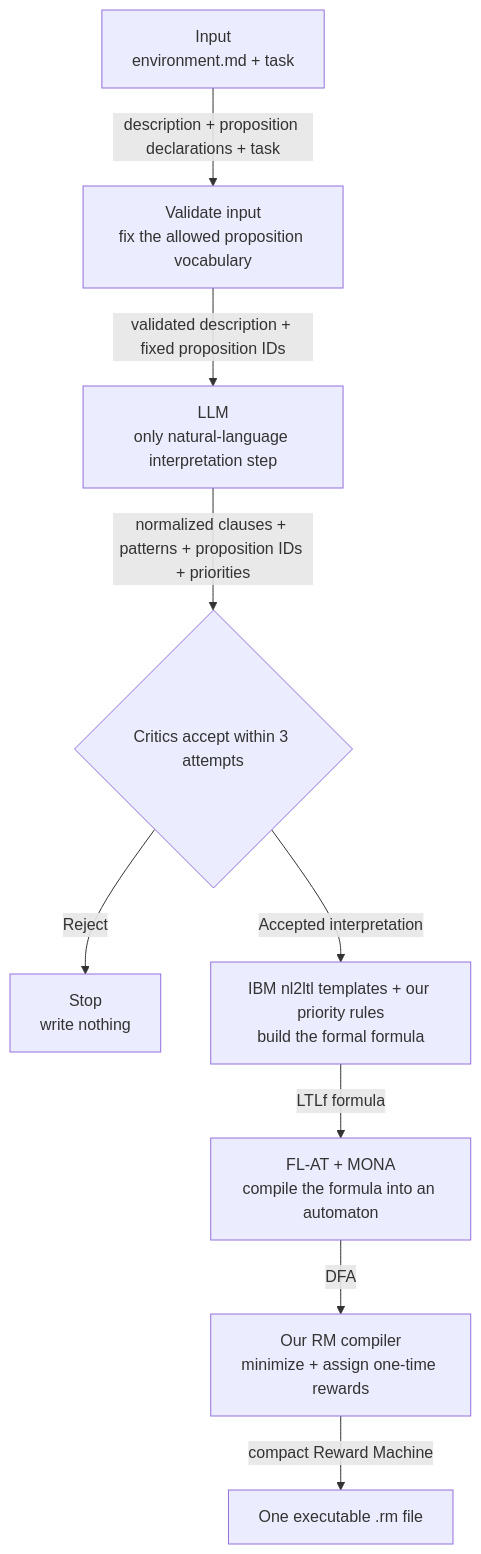
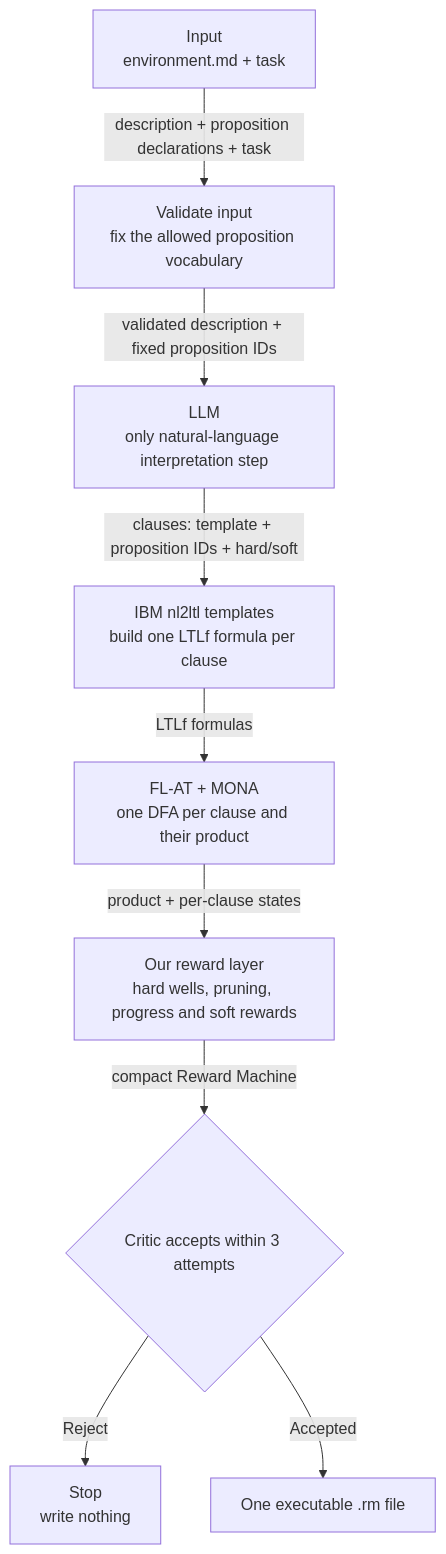
One commit to MiquelGomezCorral/TFM-schema-rm-rl changed the first of 2 diagrams in README.md. Above: the diagram before and after it, drawn with Mermaid. The commit also changed other lines of this file and 4 other files, not shown here.

Commit message:
docs: describe the eight templates, one critic and reward_source

````diff
--- a/README.md
+++ b/README.md
@@ -374,21 +378,21 @@
 ```mermaid
 flowchart TD
     A["Input<br/>environment.md + task"]
     B["Validate input<br/>fix the allowed proposition vocabulary"]
     C["LLM<br/>only natural-language interpretation step"]
-    D{"Critics accept within 3 attempts"}
+    D{"Critic accepts within 3 attempts"}
     X["Stop<br/>write nothing"]
-    E["IBM nl2ltl templates + our priority rules<br/>build the formal formula"]
-    F["FL-AT + MONA<br/>compile the formula into an automaton"]
-    G["Our RM compiler<br/>minimize + assign one-time rewards"]
+    E["IBM nl2ltl templates<br/>build one LTLf formula per clause"]
+    F["FL-AT + MONA<br/>one DFA per clause and their product"]
+    G["Our reward layer<br/>hard wells, pruning, progress and soft rewards"]
     H["One executable .rm file"]
 
     A -->|"description + proposition declarations + task"| B
     B -->|"validated description + fixed proposition IDs"| C
-    C -->|"normalized clauses + patterns + proposition IDs + priorities"| D
+    C -->|"clauses: template + proposition IDs + hard/soft"| E
+    E -->|"LTLf formulas"| F
+    F -->|"product + per-clause states"| G
+    G -->|"compact Reward Machine"| D
     D -- Reject --> X
-    D -->|"Accepted interpretation"| E
-    E -->|"LTLf formula"| F
-    F -->|"DFA"| G
-    G -->|"compact Reward Machine"| H
+    D -->|"Accepted"| H
 ```
````
